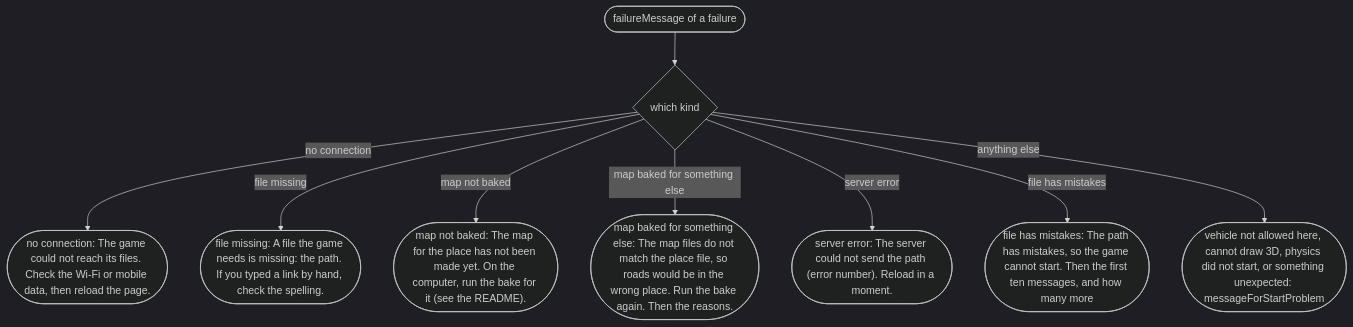
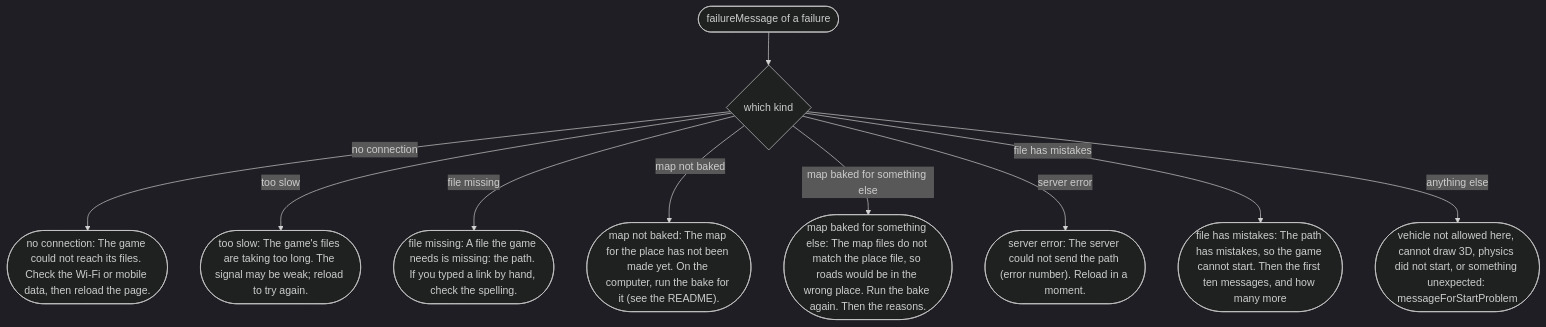
The first of 4 diagrams in docs/designs/src/game/failure.md (NewDara-Star/world-engine), drawn with Mermaid (dark theme) before and after one commit. The commit also changed other lines of this file and 41 other files, not shown here.

````diff
--- a/docs/designs/src/game/failure.md
+++ b/docs/designs/src/game/failure.md
@@ -17,20 +17,22 @@
 ```mermaid
 flowchart TD
   s(["failureMessage of a failure"])
   a{"which kind"}
   b(["no connection: The game could not reach its files. Check the Wi-Fi or mobile data, then reload the page."])
+  t(["too slow: The game's files are taking too long. The signal may be weak; reload to try again."])
   c(["file missing: A file the game needs is missing: the path. If you typed a link by hand, check the spelling."])
   d(["map not baked: The map for the place has not been made yet. On the computer, run the bake for it (see the README)."])
   e(["map baked for something else: The map files do not match the place file, so roads would be in the wrong place. Run the bake again. Then the reasons."])
   f(["server error: The server could not send the path (error number). Reload in a moment."])
   g(["file has mistakes: The path has mistakes, so the game cannot start. Then the first ten messages, and how many more"])
   h(["vehicle not allowed here, cannot draw 3D, physics did not start, or something unexpected: messageForStartProblem"])
   s --> a
   a -->|"no connection"| b
+  a -->|"too slow"| t
   a -->|"file missing"| c
   a -->|"map not baked"| d
   a -->|"map baked for something else"| e
   a -->|"server error"| f
   a -->|"file has mistakes"| g
   a -->|"anything else"| h
 ```
````
